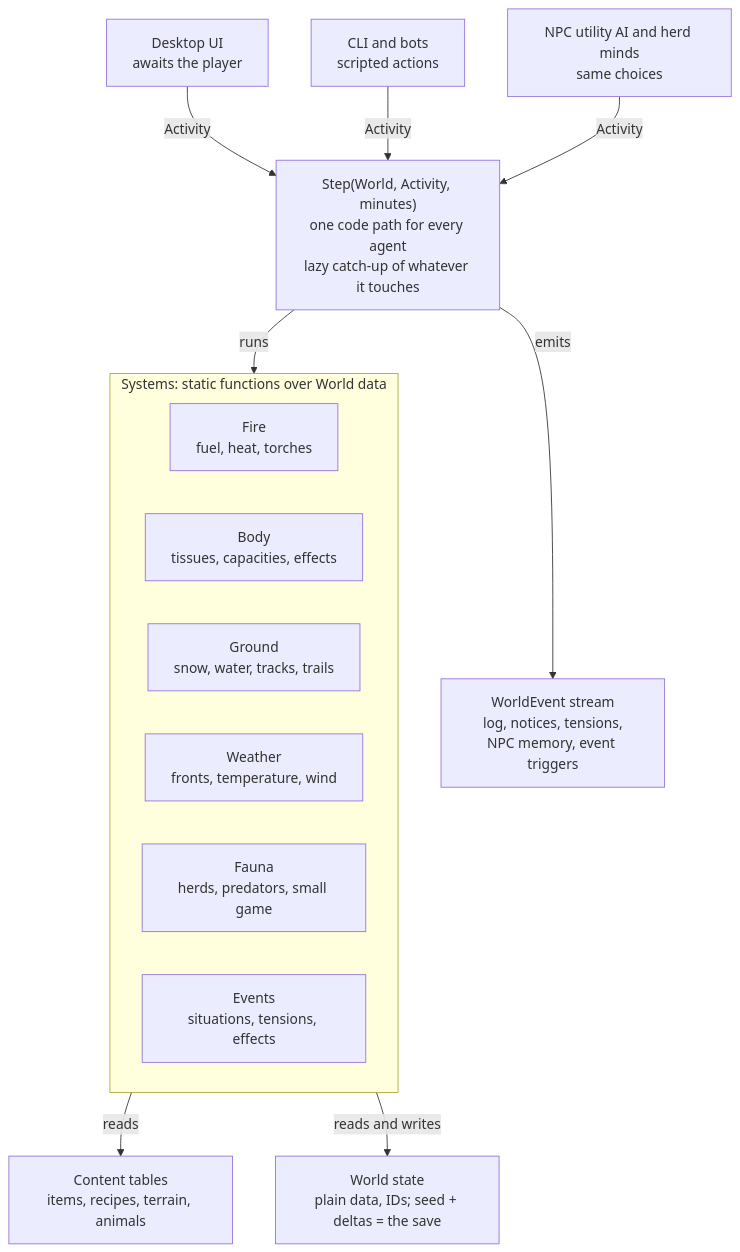
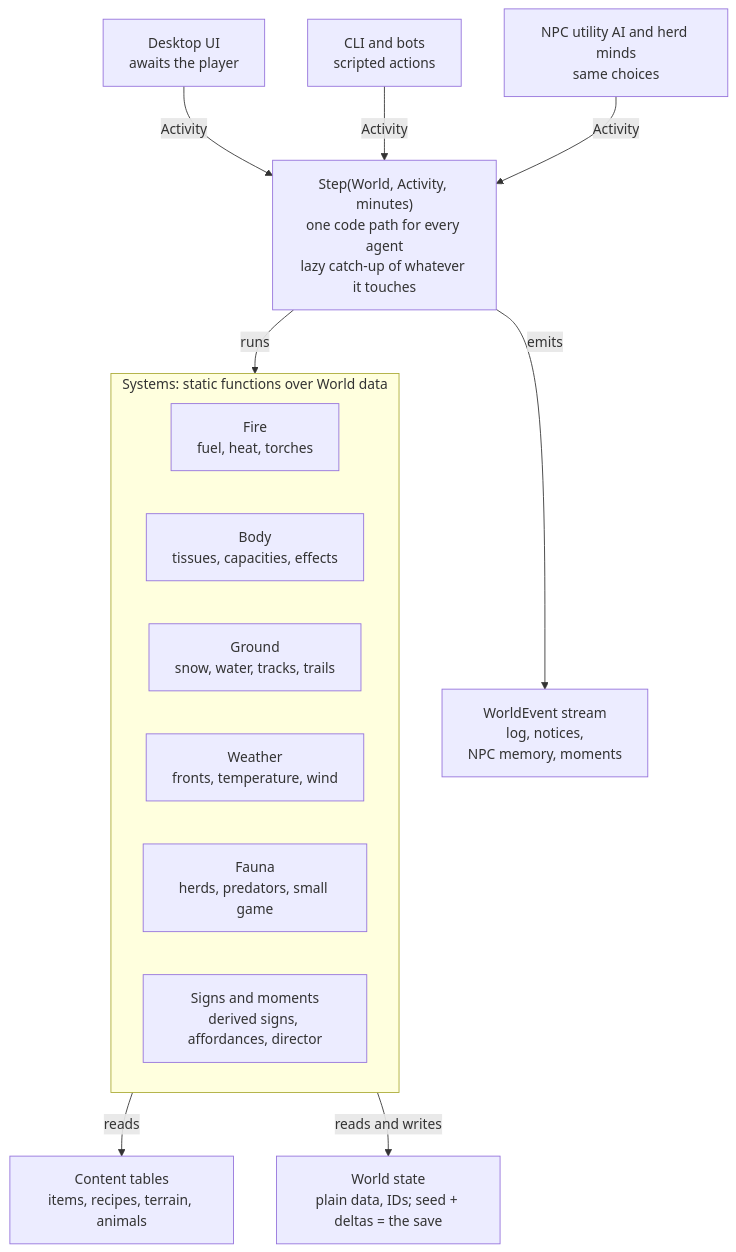
One commit to JackSwingle01/text_survival changed the diagram in documentation/clean-room-architecture.md. Above: the diagram before and after it, drawn with Mermaid. The commit also changed other lines of this file and 1 other file, not shown here.

Commit message:
docs: emergent world design (signs, settling pass, moments; tensions derived) and plan points Phase 4 at it

````diff
--- a/documentation/clean-room-architecture.md
+++ b/documentation/clean-room-architecture.md
@@ -109,19 +105,19 @@
 ```mermaid
 flowchart TD
     UI["Desktop UI<br/>awaits the player"] -->|Activity| Step
     CLI["CLI and bots<br/>scripted actions"] -->|Activity| Step
     NPC["NPC utility AI and herd minds<br/>same choices"] -->|Activity| Step
     Step["Step(World, Activity, minutes)<br/>one code path for every agent<br/>lazy catch-up of whatever it touches"]
-    Step -->|emits| Stream["WorldEvent stream<br/>log, notices, tensions,<br/>NPC memory, event triggers"]
+    Step -->|emits| Stream["WorldEvent stream<br/>log, notices,<br/>NPC memory, moments"]
     Step -->|runs| Systems
     subgraph Systems["Systems: static functions over World data"]
         Fire["Fire<br/>fuel, heat, torches"]
         Body["Body<br/>tissues, capacities, effects"]
         Ground["Ground<br/>snow, water, tracks, trails"]
         Weather["Weather<br/>fronts, temperature, wind"]
         Fauna["Fauna<br/>herds, predators, small game"]
-        Events["Events<br/>situations, tensions, effects"]
+        Events["Signs and moments<br/>derived signs, affordances, director"]
     end
     Systems -->|reads| Content["Content tables<br/>items, recipes, terrain, animals"]
     Systems -->|reads and writes| World["World state<br/>plain data, IDs; seed + deltas = the save"]
 ```
````
